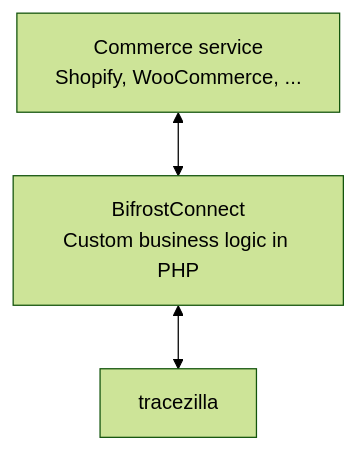
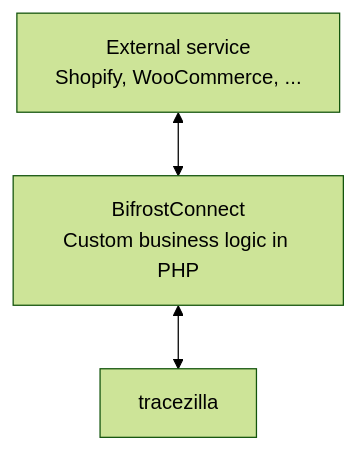
Before and after one commit to Happy-Bananas/tracezilla-integrations-docs: the diagram in index.md, drawn with Mermaid (forest theme). The commit also changed other lines of this file and 1 other file, not shown here.

Commit message:
Describe BifrostConnect as a bridge to any external service

```diff
--- a/index.md
+++ b/index.md
@@ -12,9 +14,9 @@
 <pre class="mermaid">
 flowchart TB
-    Commerce["Commerce service<br>Shopify, WooCommerce, ..."]
+    Service["External service<br>Shopify, WooCommerce, ..."]
     Bifrost["BifrostConnect<br>Custom business logic in PHP"]
     Tracezilla[tracezilla]
 
-    Commerce <--> Bifrost
+    Service <--> Bifrost
     Bifrost <--> Tracezilla
 </pre>
```
